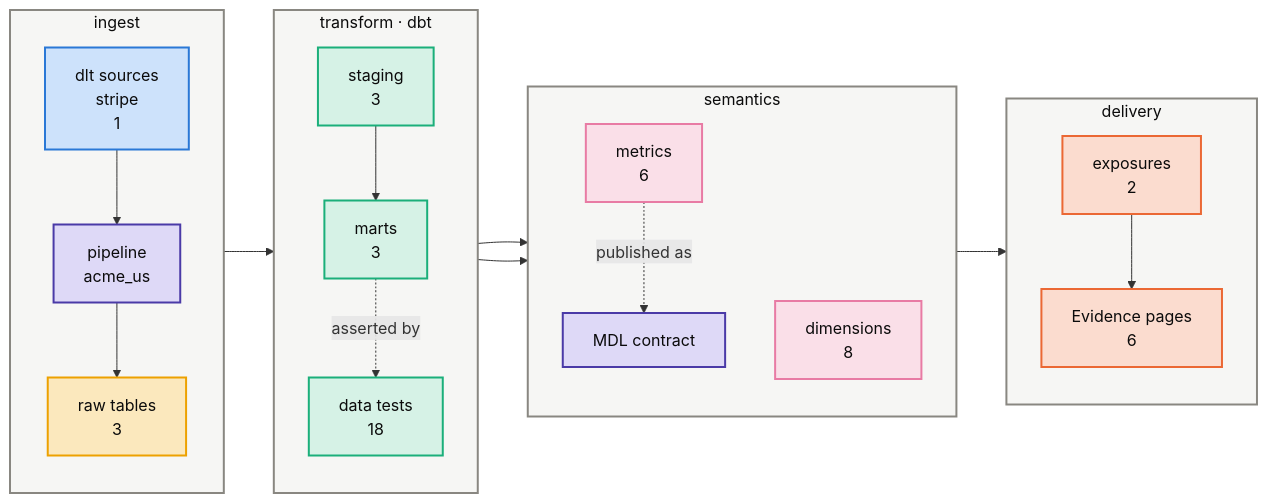
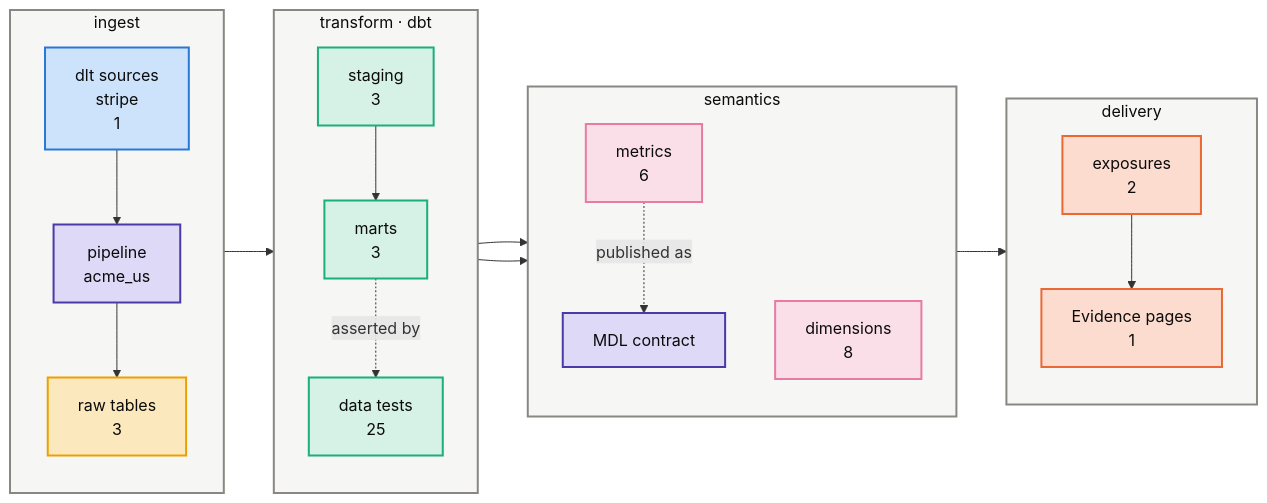
The first of 3 diagrams in groups/acme/projects/acme-us/kg/architecture.md (Atomz-org/data-platform), drawn with Mermaid before and after one commit. The commit also changed other lines of this file and 8 other files, not shown here.

First line of the commit message:
Restore the nine architecture maps, which cannot satisfy both gates

````diff
--- a/groups/acme/projects/acme-us/kg/architecture.md
+++ b/groups/acme/projects/acme-us/kg/architecture.md
@@ -10,41 +10,41 @@
 ```mermaid
 flowchart LR
     subgraph LI["ingest"]
         direction TB
         I1["dlt sources<br/>stripe<br/>1"]:::ingress
         I2["pipeline<br/>acme_us"]:::platform
         I3["raw tables<br/>3"]:::raw
     end
     subgraph LT["transform · dbt"]
         direction TB
         T1["staging<br/>3"]:::model
         T2["marts<br/>3"]:::model
-        T3["data tests<br/>18"]:::model
+        T3["data tests<br/>25"]:::model
     end
     subgraph LS["semantics"]
         direction TB
         S1["metrics<br/>6"]:::metric
         S2["dimensions<br/>8"]:::metric
         S3["MDL contract"]:::platform
     end
     subgraph LD["delivery"]
         direction TB
         D1["exposures<br/>2"]:::exposure
-        D2["Evidence pages<br/>6"]:::exposure
+        D2["Evidence pages<br/>1"]:::exposure
     end
     I1 --> I2 --> I3 --> T1 --> T2
     T2 --> S1 --> D1 --> D2
     T2 --> S2
     S1 -.published as.-> S3
     T2 -.asserted by.-> T3
     classDef ingress fill:#cde2fb,stroke:#2a78d6,stroke-width:2px,color:#0b0b0b
     classDef platform fill:#ded9f7,stroke:#4a3aa7,stroke-width:2px,color:#0b0b0b
     classDef raw fill:#fbe8bd,stroke:#eda100,stroke-width:2px,color:#0b0b0b
     classDef model fill:#d6f2e6,stroke:#1baf7a,stroke-width:2px,color:#0b0b0b
     classDef metric fill:#fadfe8,stroke:#e87ba4,stroke-width:2px,color:#0b0b0b
     classDef exposure fill:#fbdccf,stroke:#eb6834,stroke-width:2px,color:#0b0b0b
     classDef neutral fill:#e8e7e2,stroke:#898781,stroke-width:2px,color:#0b0b0b
     classDef project fill:#e3eefc,stroke:#2a78d6,stroke-width:2px,color:#0b0b0b
     classDef lane fill:#f6f6f4,stroke:#898781,stroke-width:2px,color:#0b0b0b
     class LI,LT,LS,LD lane
 ```
````
